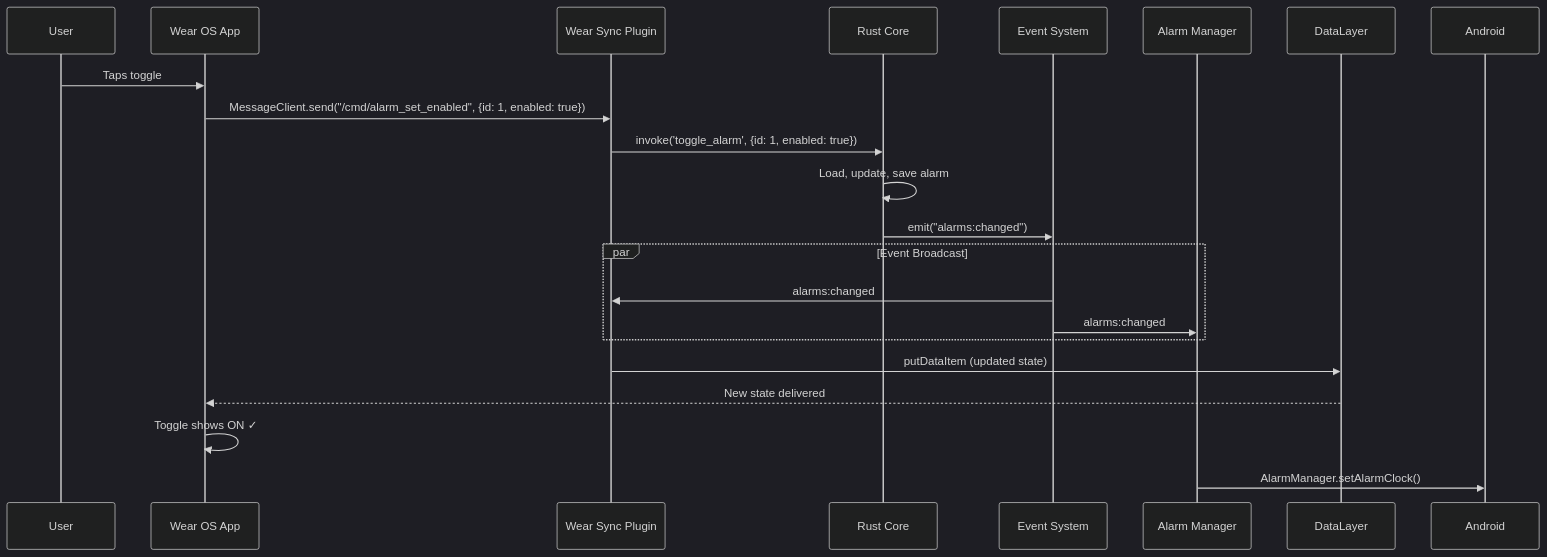
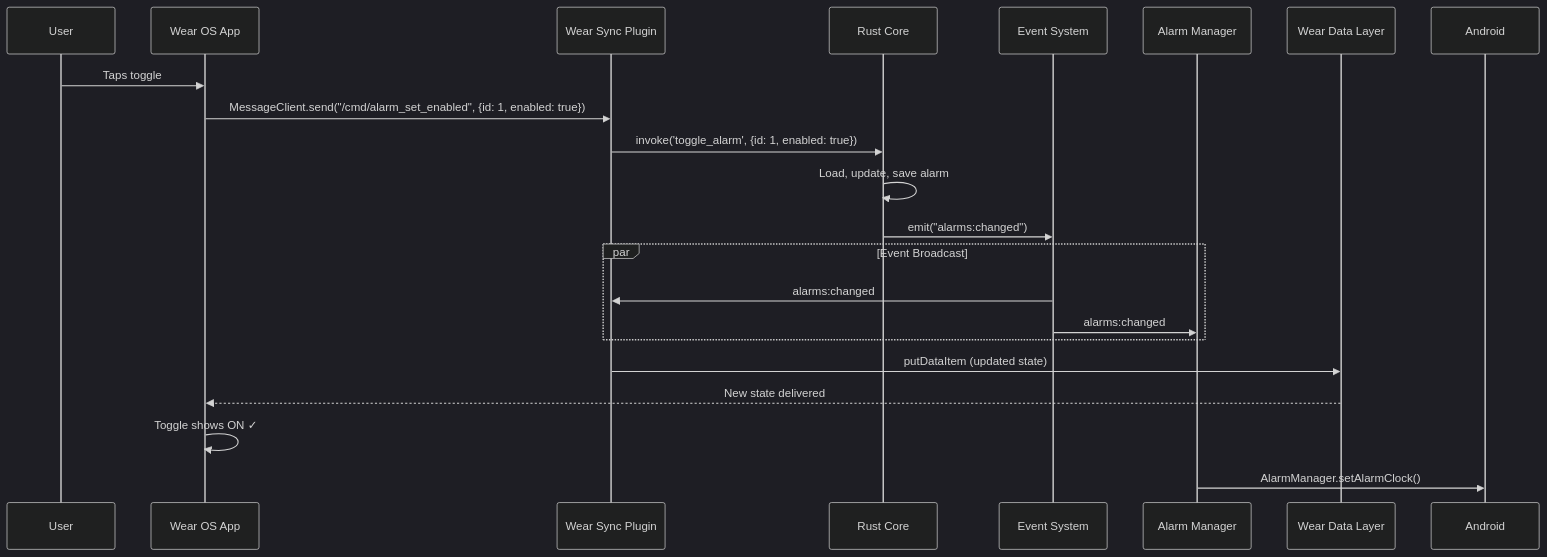
One commit to liminal-hq/threshold changed the eighth of 32 diagrams in docs/architecture/flow-diagrams.md. Above: the diagram before and after it, drawn with Mermaid (dark theme). The commit also changed other lines of this file, not shown here.

First line of the commit message:
fix: stabilise Mermaid sequence diagrams

````diff
--- a/docs/architecture/flow-diagrams.md
+++ b/docs/architecture/flow-diagrams.md
@@ -296,28 +301,29 @@
 ```mermaid
 sequenceDiagram
     participant User
     participant Watch as Wear OS App
     participant WearSync as Wear Sync Plugin
     participant Rust as Rust Core
     participant Events as Event System
     participant AlarmMgr as Alarm Manager
+    participant DataLayer as Wear Data Layer
 
     User->>Watch: Taps toggle
     Watch->>WearSync: MessageClient.send("/cmd/alarm_set_enabled", {id: 1, enabled: true})
     
     WearSync->>Rust: invoke('toggle_alarm', {id: 1, enabled: true})
     
     Rust->>Rust: Load, update, save alarm
     Rust->>Events: emit("alarms:changed")
     
     par Event Broadcast
         Events->>WearSync: alarms:changed
         Events->>AlarmMgr: alarms:changed
     end
     
     WearSync->>DataLayer: putDataItem (updated state)
     DataLayer-->>Watch: New state delivered
     Watch->>Watch: Toggle shows ON ✓
     
     AlarmMgr->>Android: AlarmManager.setAlarmClock()
 ```
````
